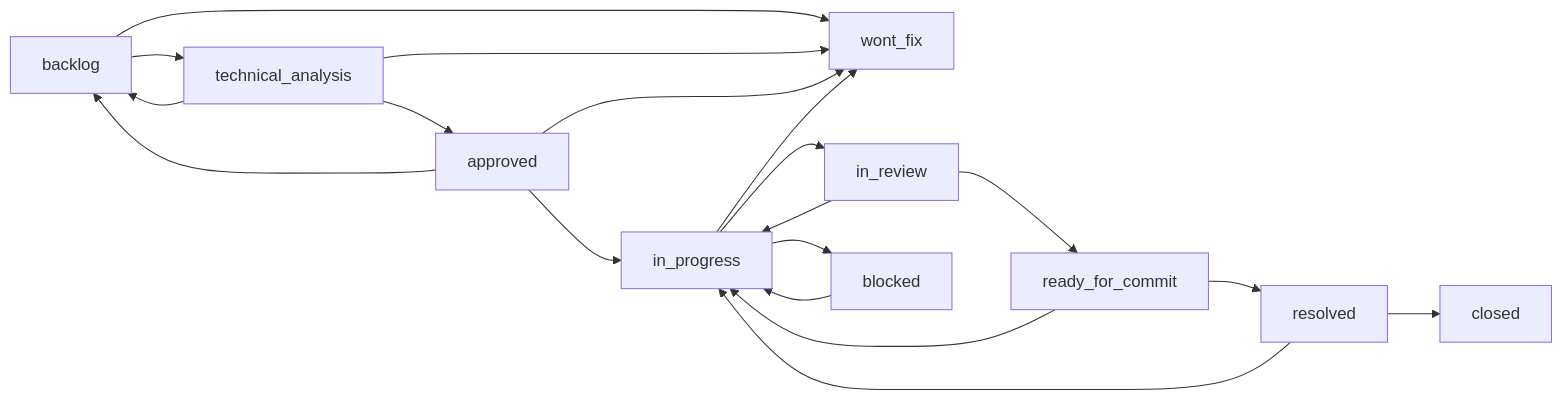
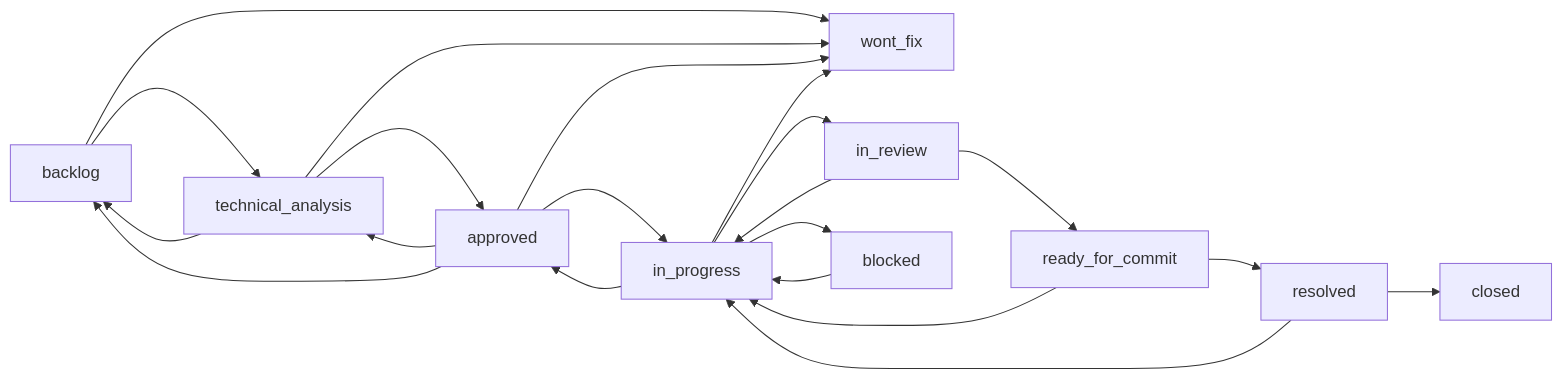
One commit to xpm-cmd/Monsthera changed the diagram in docs/ticket-workflow.md. Above: the diagram before and after it, drawn with Mermaid. The commit also changed other lines of this file and 6 other files, not shown here.

````diff
--- a/docs/ticket-workflow.md
+++ b/docs/ticket-workflow.md
@@ -31,28 +31,30 @@
 ```mermaid
 flowchart LR
     backlog --> technical_analysis
     backlog --> wont_fix
 
     technical_analysis --> backlog
     technical_analysis --> approved
     technical_analysis --> wont_fix
 
+    approved --> technical_analysis
     approved --> in_progress
     approved --> backlog
     approved --> wont_fix
 
+    in_progress --> approved
     in_progress --> in_review
     in_progress --> blocked
     in_progress --> wont_fix
 
     blocked --> in_progress
 
     in_review --> in_progress
     in_review --> ready_for_commit
 
     ready_for_commit --> in_progress
     ready_for_commit --> resolved
 
     resolved --> in_progress
     resolved --> closed
 ```
````
